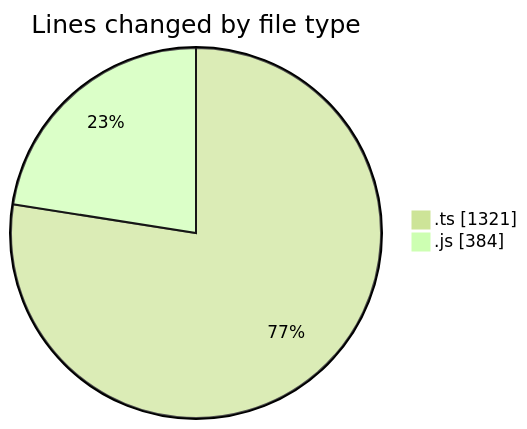
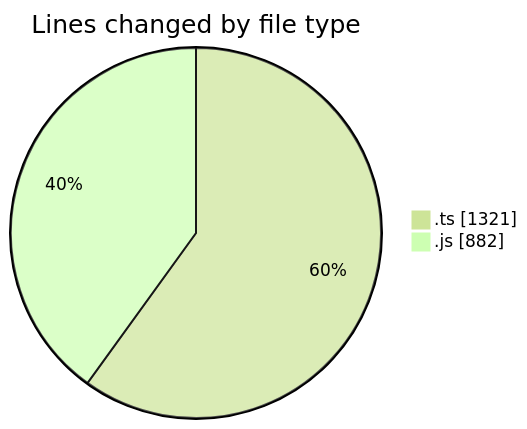
The first of 2 diagrams in 2026-02-03/cda/README.md (momahboobian/code-tracking), drawn with Mermaid (forest theme) before and after one commit. The commit also changed other lines of this file and 1 other file, not shown here.

````diff
--- a/2026-02-03/cda/README.md
+++ b/2026-02-03/cda/README.md
@@ -21,6 +23,6 @@
 ```mermaid
 pie showData
 title Lines changed by file type
 ".ts" : 1321
-".js" : 384
+".js" : 882
 ```
````
